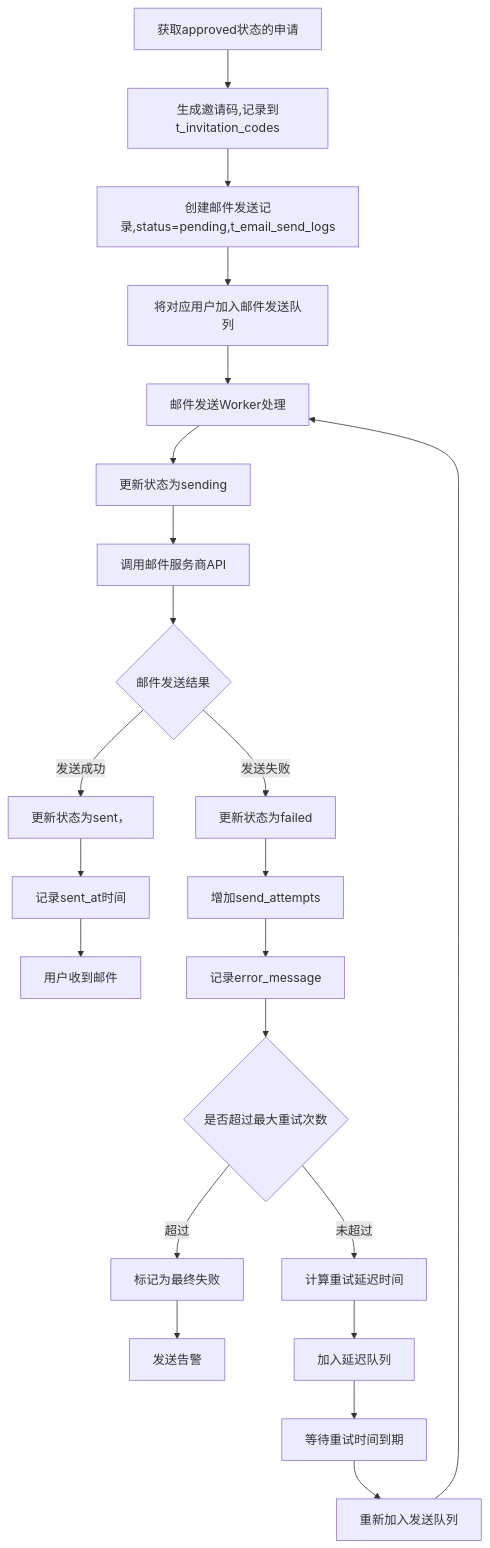
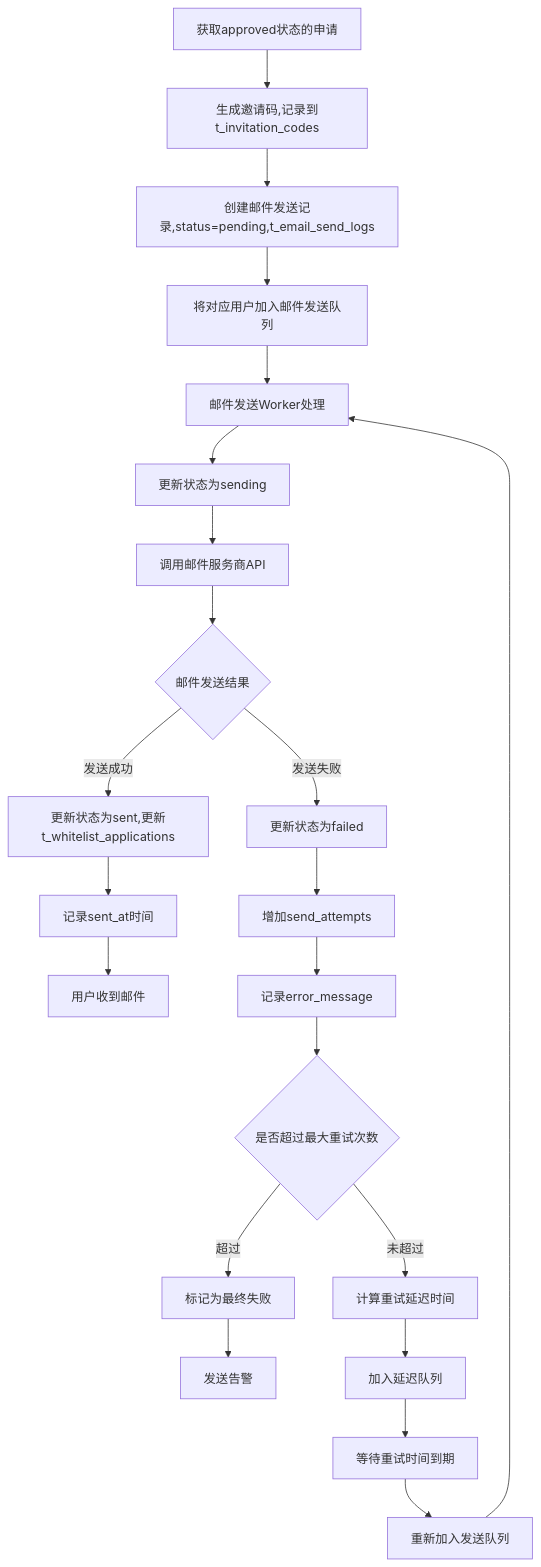
Before and after one commit to yingjianzh/iodraw-files: the diagram in all/未命名-77.md, drawn with Mermaid.

Commit message:
2025-07-08 10:06:17 update

````diff
--- a/all/未命名-77.md
+++ b/all/未命名-77.md
@@ -1,29 +1,29 @@
 ```mermaid
 
 flowchart TD
     A[获取approved状态的申请] --> B[生成邀请码,记录到t_invitation_codes]
     B --> C[创建邮件发送记录,status=pending,t_email_send_logs]
     C --> D[将对应用户加入邮件发送队列]
     
     D --> E[邮件发送Worker处理]
     E --> F[更新状态为sending]
     F --> G[调用邮件服务商API]
     G --> H{邮件发送结果}
     
-    H -->|发送成功| I[更新状态为sent，]
+    H -->|发送成功| I[更新状态为sent,更新t_whitelist_applications ]
     I --> J[记录sent_at时间]
     J --> K[用户收到邮件]
     
     H -->|发送失败| L[更新状态为failed]
     L --> M[增加send_attempts]
     M --> N[记录error_message]
     N --> O{是否超过最大重试次数}
     O -->|超过| P[标记为最终失败]
     P --> Q[发送告警]
     O -->|未超过| R[计算重试延迟时间]
     R --> S[加入延迟队列]
     S --> T[等待重试时间到期]
     T --> U[重新加入发送队列]
     U --> E
 
 ```
````
